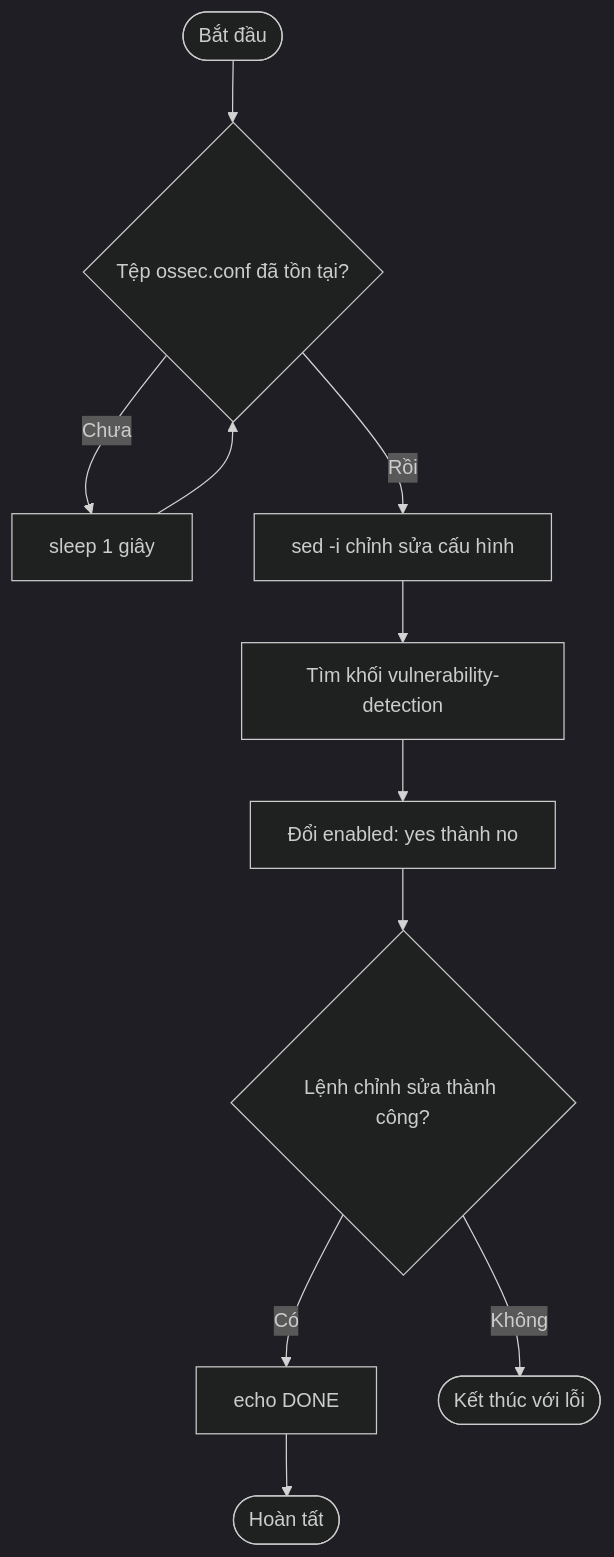
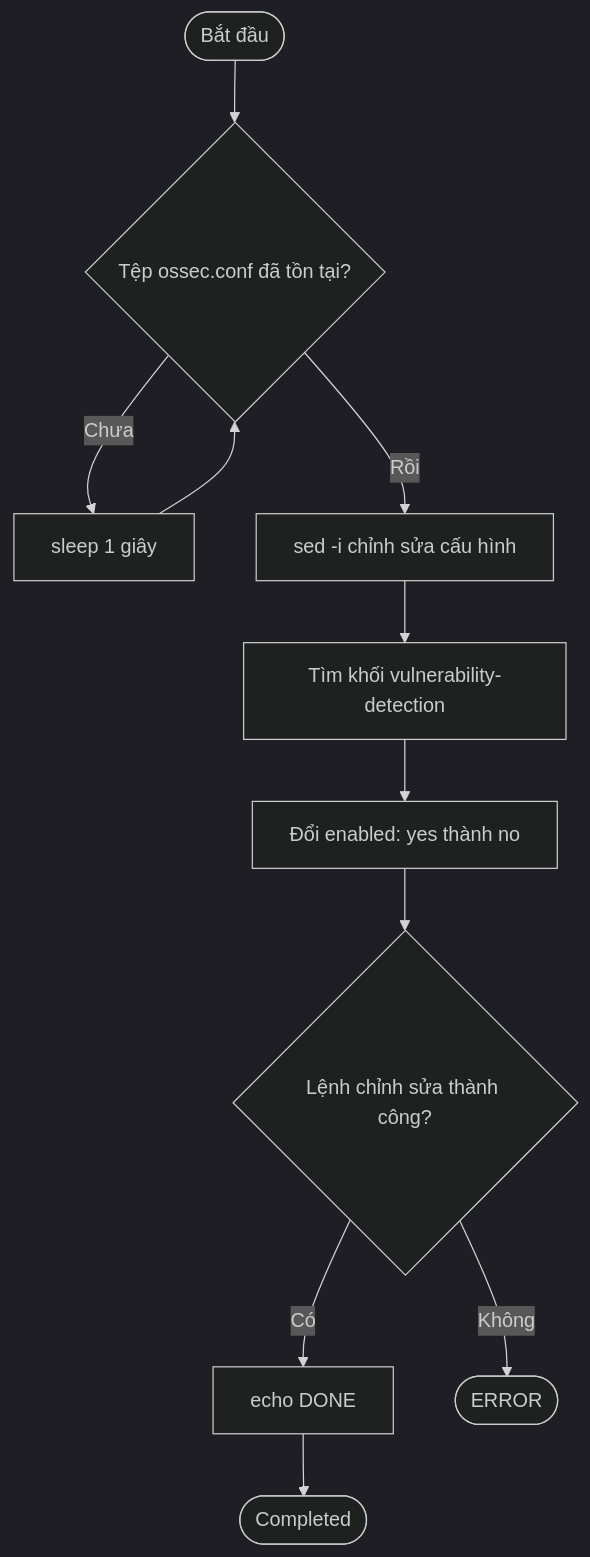
One commit to justarandomguy2712/SOC_HOME_LAB changed the diagram in soc-home-lab/LIST/docs/deployment-guide.md. Above: the diagram before and after it, drawn with Mermaid (dark theme).

````diff
--- a/soc-home-lab/LIST/docs/deployment-guide.md
+++ b/soc-home-lab/LIST/docs/deployment-guide.md
@@ -144,13 +144,13 @@
 ```mermaid
 flowchart TD
     A([Bắt đầu]) --> B{"Tệp ossec.conf đã tồn tại?"}
     B -- Chưa --> C["sleep 1 giây"]
     C --> B
     B -- Rồi --> D["sed -i chỉnh sửa cấu hình"]
     D --> E["Tìm khối vulnerability-detection"]
     E --> F["Đổi enabled: yes thành no"]
     F --> G{"Lệnh chỉnh sửa thành công?"}
     G -- Có --> H["echo DONE"]
-    G -- Không --> I([Kết thúc với lỗi])
-    H --> J([Hoàn tất])
+    G -- Không --> I([ERROR])
+    H --> J([Completed])
 ```
````
